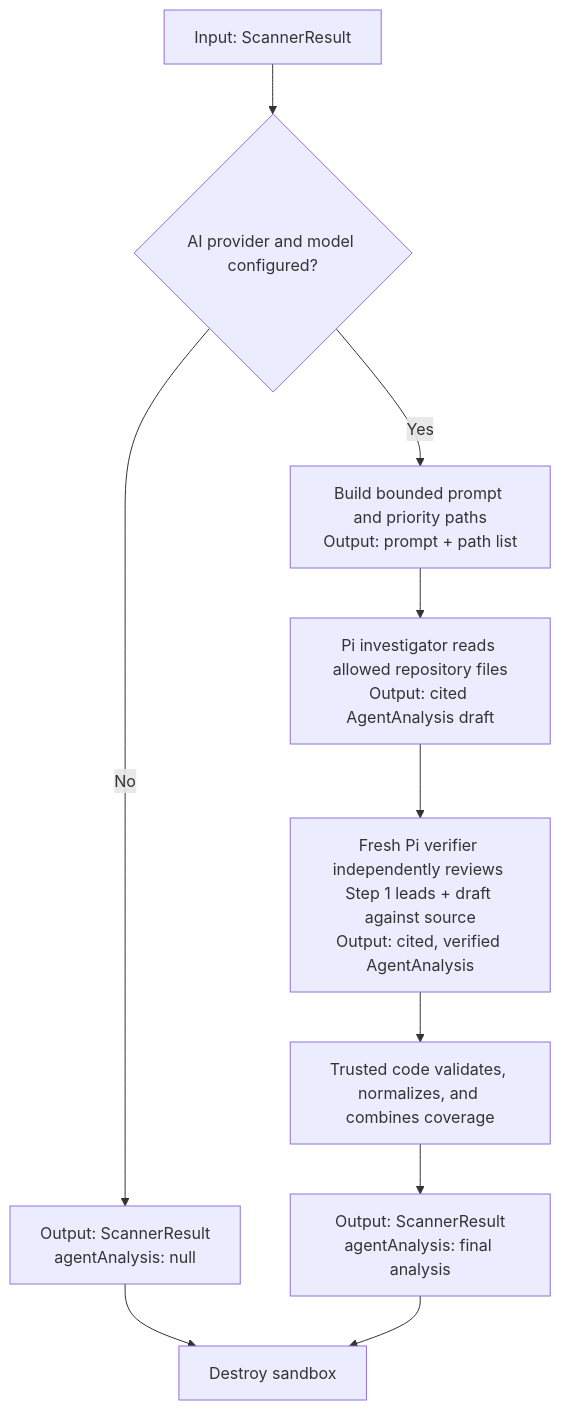
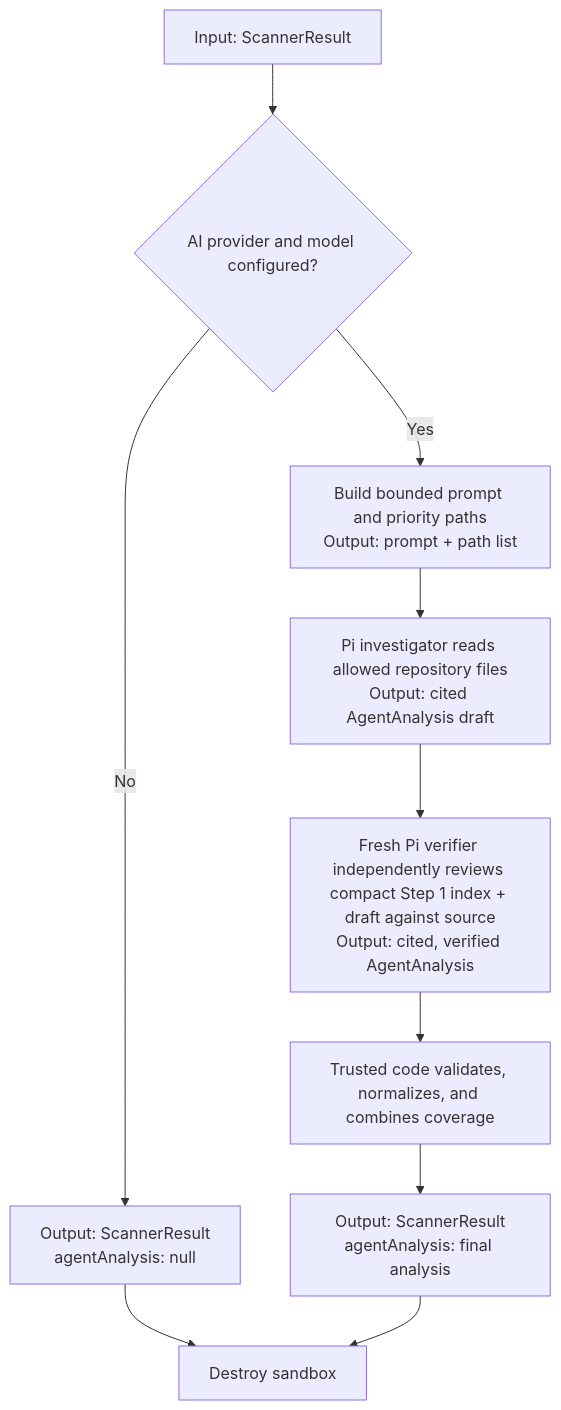
One commit to Tarun-Elango/codevet-worker changed the second of 2 diagrams in flow.md. Above: the diagram before and after it, drawn with Mermaid. The commit also changed other lines of this file and 8 other files, not shown here.

````diff
--- a/flow.md
+++ b/flow.md
@@ -57,12 +57,12 @@
 ```mermaid
 flowchart TD
   R["Input: ScannerResult"] --> Q{"AI provider and model configured?"}
   Q -- No --> N["Output: ScannerResult\nagentAnalysis: null"]
   Q -- Yes --> B["Build bounded prompt and priority paths\nOutput: prompt + path list"]
   B --> I["Pi investigator reads allowed repository files\nOutput: cited AgentAnalysis draft"]
-  I --> V["Fresh Pi verifier independently reviews Step 1 leads + draft against source\nOutput: cited, verified AgentAnalysis"]
+  I --> V["Fresh Pi verifier independently reviews compact Step 1 index + draft against source\nOutput: cited, verified AgentAnalysis"]
   V --> X["Trusted code validates, normalizes, and combines coverage"]
   X --> F["Output: ScannerResult\nagentAnalysis: final analysis"]
   N --> D["Destroy sandbox"]
   F --> D
 ```
````
